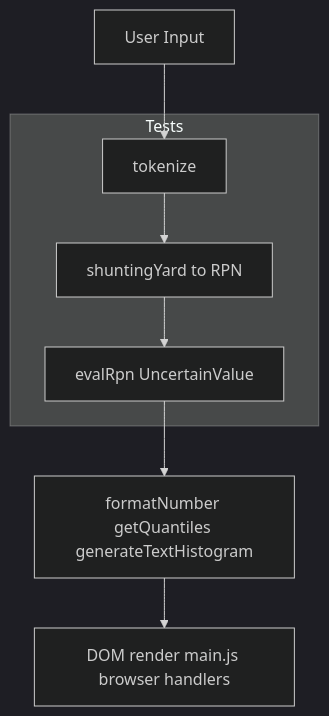
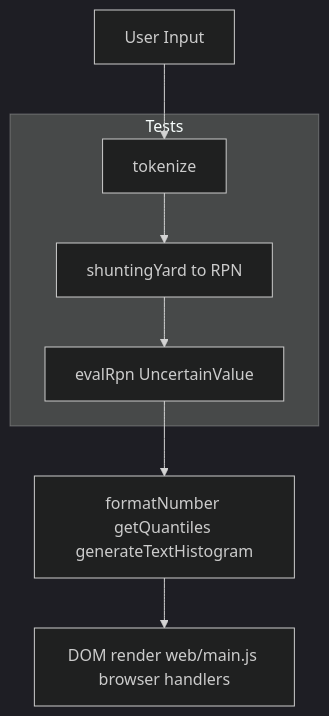
The diagram in README.md (PythonicNinja/unsure-calc), drawn with Mermaid (dark theme) before and after one commit. The commit also changed other lines of this file and 7 other files, not shown here.

````diff
--- a/README.md
+++ b/README.md
@@ -20,13 +21,13 @@
 ```mermaid
 flowchart TD
     A[User Input] --> B[tokenize]
     B --> C[shuntingYard to RPN]
     C --> D[evalRpn UncertainValue]
     D --> E[formatNumber getQuantiles generateTextHistogram]
-    E --> F[DOM render main.js browser handlers]
+    E --> F[DOM render web/main.js browser handlers]
     subgraph Tests
       B
       C
       D
     end
 ```
````
